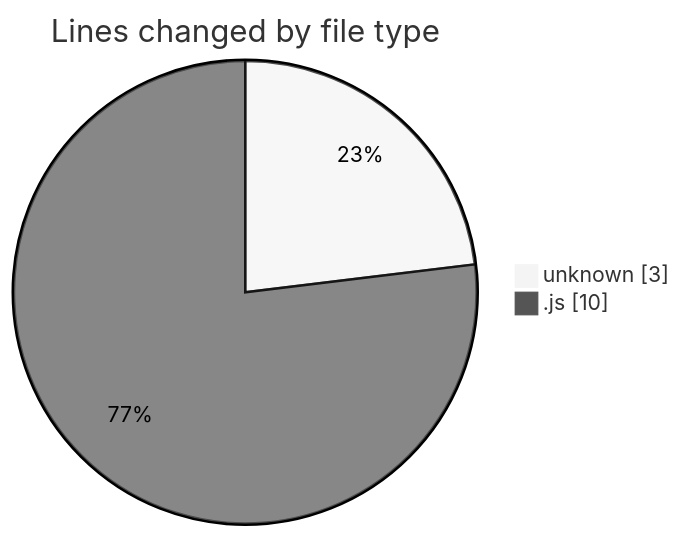
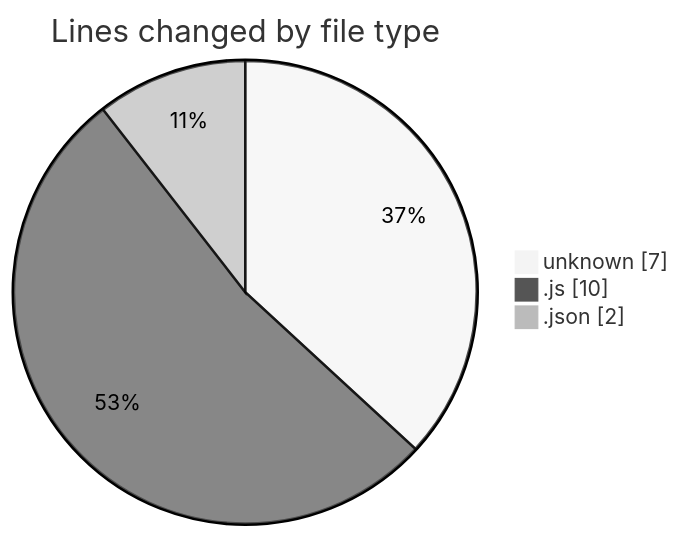
Before and after one commit to CELIANVF/code-tracking: the first of 2 diagrams in 2025-05-02/ecodeli/README.md, drawn with Mermaid (neutral theme). The commit also changed other lines of this file and 1 other file, not shown here.

````diff
--- a/2025-05-02/ecodeli/README.md
+++ b/2025-05-02/ecodeli/README.md
@@ -21,6 +22,7 @@
 ```mermaid
 pie showData
 title Lines changed by file type
-"unknown" : 3
+"unknown" : 7
 ".js" : 10
+".json" : 2
 ```
````
